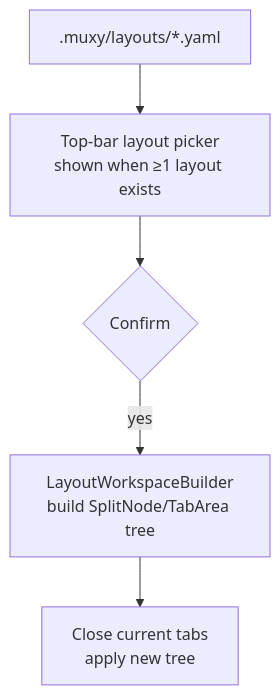
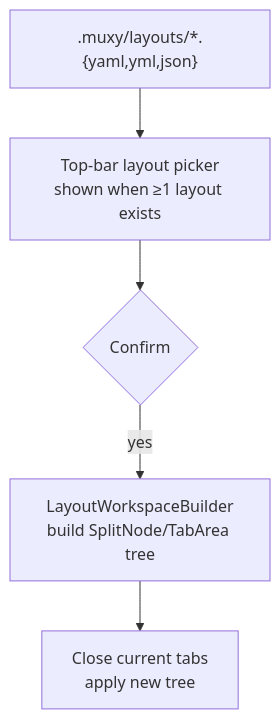
Before and after one commit to muxy-app/muxy: the diagram in docs/layouts/overview.md, drawn with Mermaid. The commit also changed 29 other files, not shown here.

````diff
--- a/docs/layouts/overview.md
+++ b/docs/layouts/overview.md
@@ -5,7 +5,7 @@
 ```mermaid
 flowchart TB
-  Files[".muxy/layouts/*.yaml"] --> Picker[Top-bar layout picker<br/>shown when ≥1 layout exists]
+  Files[".muxy/layouts/*.{yaml,yml,json}"] --> Picker[Top-bar layout picker<br/>shown when ≥1 layout exists]
   Picker --> Confirm{Confirm}
   Confirm -->|yes| Build[LayoutWorkspaceBuilder<br/>build SplitNode/TabArea tree]
   Build --> Replace[Close current tabs<br/>apply new tree]
 ```
````
